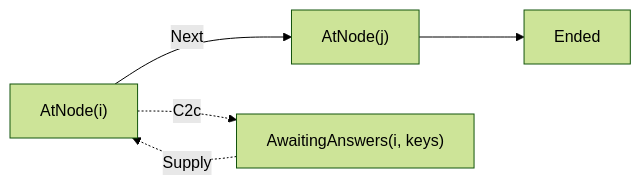
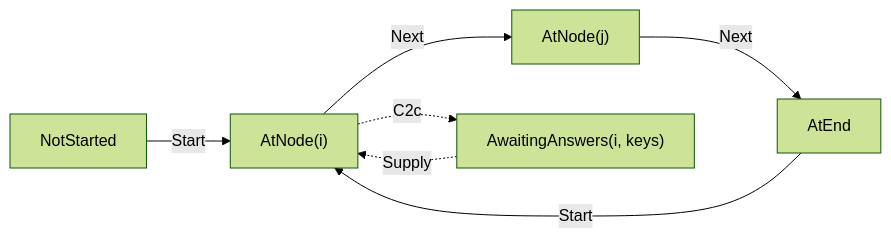
Before and after one commit to pengzhengyi/dialoguedown: the diagram in docs/contributing/design-notes/runtime/Runtime Core.md, drawn with Mermaid (forest theme). The commit also changed other lines of this file, not shown here.

````diff
--- a/docs/contributing/design-notes/runtime/Runtime Core.md
+++ b/docs/contributing/design-notes/runtime/Runtime Core.md
@@ -119,7 +129,9 @@
 ```mermaid
 flowchart LR
-    AT["AtNode(i)"] -->|"Next"| AT2["AtNode(j)"]
-    AT2 --> ENDED["Ended"]
+    NS["NotStarted"] -->|"Start"| AT["AtNode(i)"]
+    AT -->|"Next"| AT2["AtNode(j)"]
+    AT2 -->|"Next"| ENDED["AtEnd"]
+    ENDED -->|"Start"| AT
     AT -. "C2c" .-> ASK["AwaitingAnswers(i, keys)"]
     ASK -. "Supply" .-> AT
 ```
````
